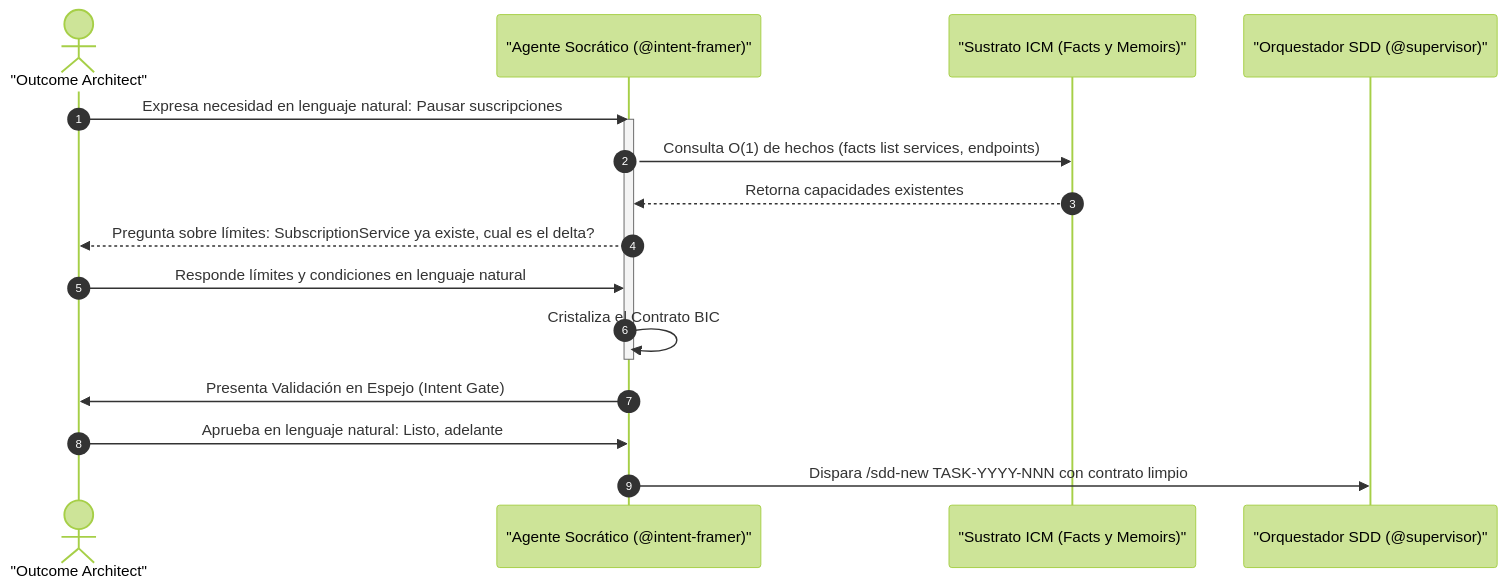
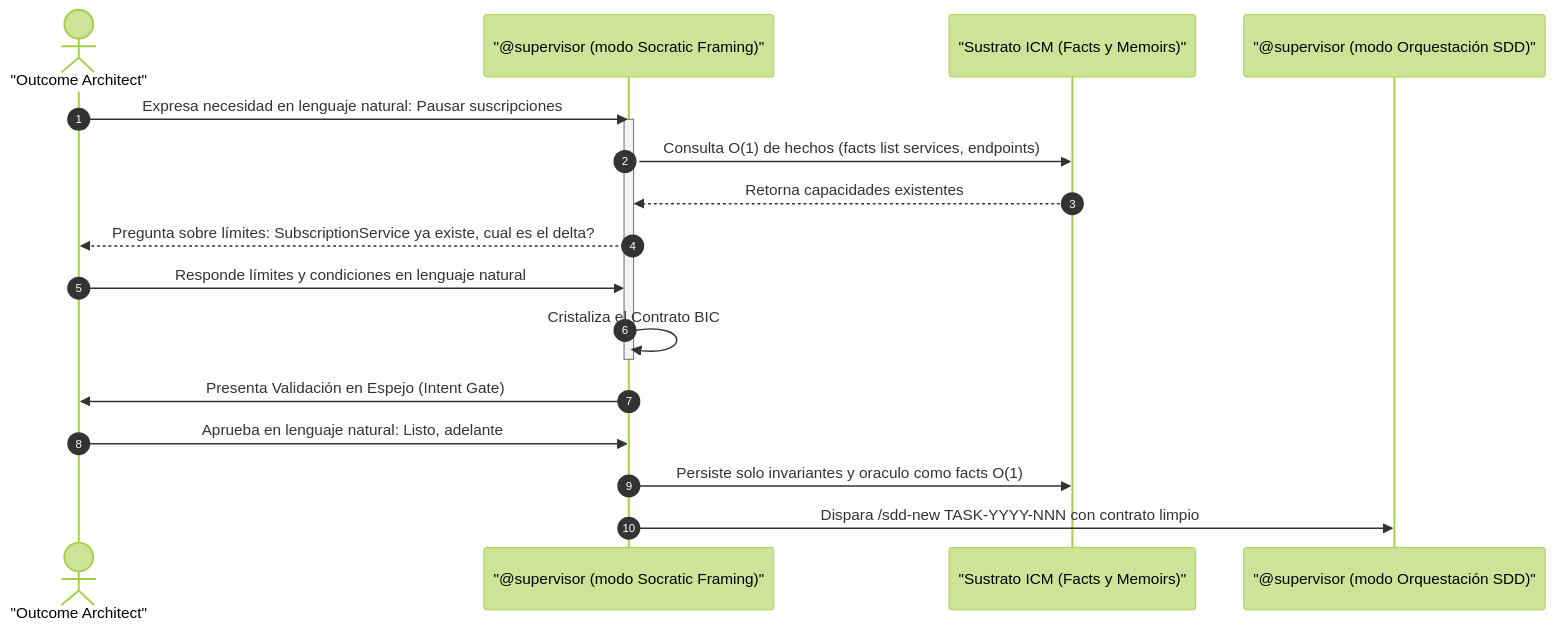
The fourth of 7 diagrams in docs/internal/architecture/BEHAVIORAL_INTENT_CONTRACTS_PARADIGM.md (Manu-Arrieta/AOI), drawn with Mermaid (forest theme) before and after one commit. The commit also changed other lines of this file and 5 other files, not shown here.

````diff
--- a/docs/internal/architecture/BEHAVIORAL_INTENT_CONTRACTS_PARADIGM.md
+++ b/docs/internal/architecture/BEHAVIORAL_INTENT_CONTRACTS_PARADIGM.md
@@ -153,20 +180,21 @@
 ```mermaid
 sequenceDiagram
     autonumber
     actor O as "Outcome Architect"
-    participant F as "Agente Socrático (@intent-framer)"
+    participant F as "@supervisor (modo Socratic Framing)"
     participant ICM as "Sustrato ICM (Facts y Memoirs)"
-    participant SDD as "Orquestador SDD (@supervisor)"
+    participant SDD as "@supervisor (modo Orquestación SDD)"
 
     O->>F: Expresa necesidad en lenguaje natural: Pausar suscripciones
     activate F
     F->>ICM: Consulta O(1) de hechos (facts list services, endpoints)
     ICM-->>F: Retorna capacidades existentes
     F-->>O: Pregunta sobre límites: SubscriptionService ya existe, cual es el delta?
     O->>F: Responde límites y condiciones en lenguaje natural
     F->>F: Cristaliza el Contrato BIC
     deactivate F
     F->>O: Presenta Validación en Espejo (Intent Gate)
     O->>F: Aprueba en lenguaje natural: Listo, adelante
+    F->>ICM: Persiste solo invariantes y oraculo como facts O(1)
     F->>SDD: Dispara /sdd-new TASK-YYYY-NNN con contrato limpio
 ```
````
